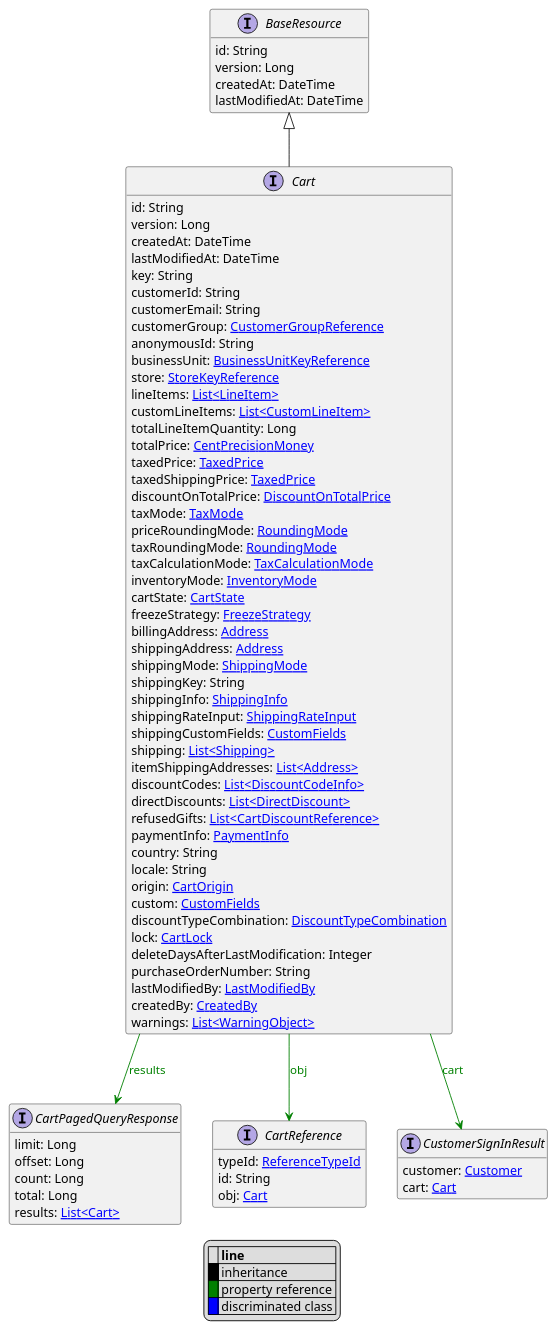
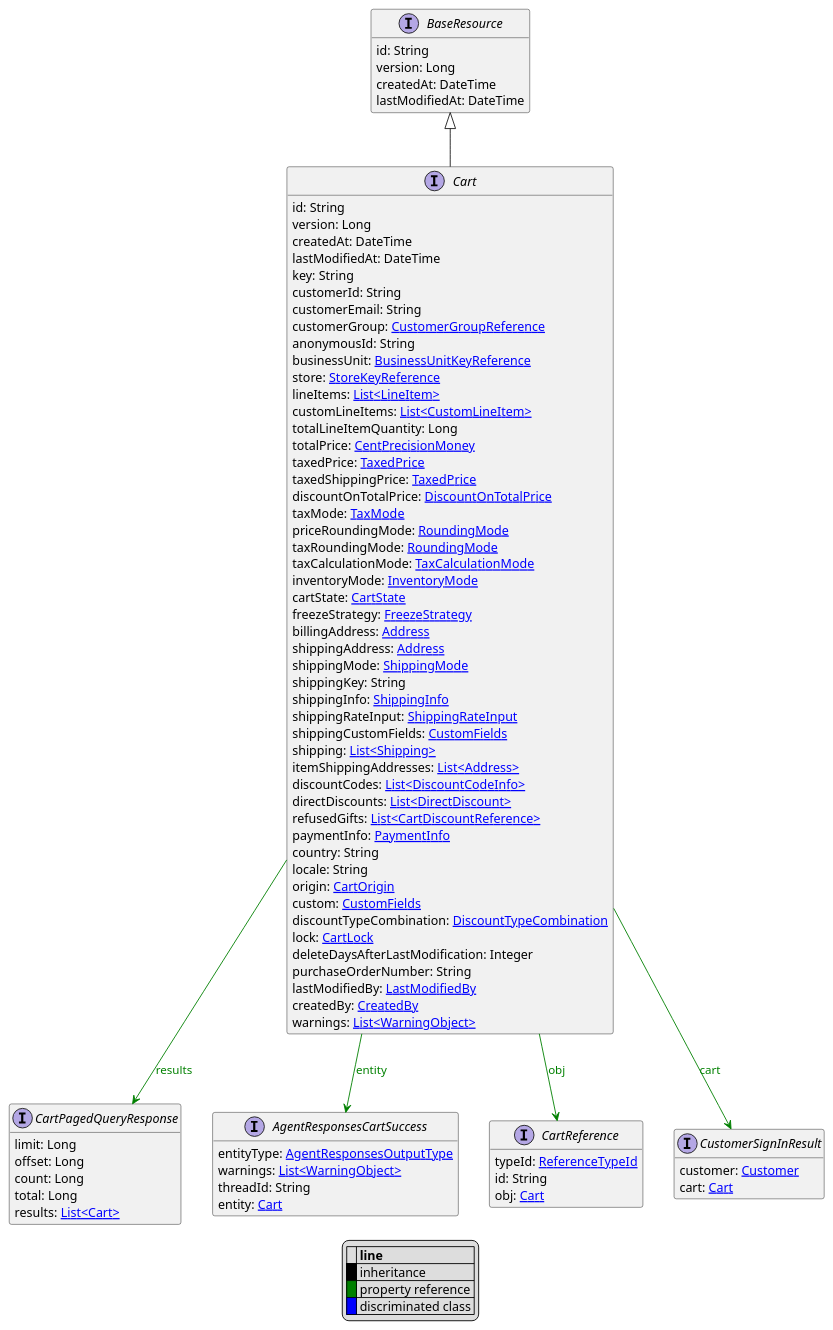
Before and after one commit to commercetools/commercetools-api-reference: the diagram in uml/api/Cart.puml, drawn with PlantUML. The commit also changed 1935 other files, not shown here.

```diff
--- a/uml/api/Cart.puml
+++ b/uml/api/Cart.puml
@@ -1,90 +1,97 @@
 @startuml
 
 hide empty fields
 hide empty methods
 legend
 |= |= line |
 |<back:black>   </back>| inheritance |
 |<back:green>   </back>| property reference |
 |<back:blue>   </back>| discriminated class |
 endlegend
 interface Cart [[Cart.svg]] extends BaseResource {
     id: String
     version: Long
     createdAt: DateTime
     lastModifiedAt: DateTime
     key: String
     customerId: String
     customerEmail: String
     customerGroup: [[CustomerGroupReference.svg CustomerGroupReference]]
     anonymousId: String
     businessUnit: [[BusinessUnitKeyReference.svg BusinessUnitKeyReference]]
     store: [[StoreKeyReference.svg StoreKeyReference]]
     lineItems: [[LineItem.svg List<LineItem>]]
     customLineItems: [[CustomLineItem.svg List<CustomLineItem>]]
     totalLineItemQuantity: Long
     totalPrice: [[CentPrecisionMoney.svg CentPrecisionMoney]]
     taxedPrice: [[TaxedPrice.svg TaxedPrice]]
     taxedShippingPrice: [[TaxedPrice.svg TaxedPrice]]
     discountOnTotalPrice: [[DiscountOnTotalPrice.svg DiscountOnTotalPrice]]
     taxMode: [[TaxMode.svg TaxMode]]
     priceRoundingMode: [[RoundingMode.svg RoundingMode]]
     taxRoundingMode: [[RoundingMode.svg RoundingMode]]
     taxCalculationMode: [[TaxCalculationMode.svg TaxCalculationMode]]
     inventoryMode: [[InventoryMode.svg InventoryMode]]
     cartState: [[CartState.svg CartState]]
     freezeStrategy: [[FreezeStrategy.svg FreezeStrategy]]
     billingAddress: [[Address.svg Address]]
     shippingAddress: [[Address.svg Address]]
     shippingMode: [[ShippingMode.svg ShippingMode]]
     shippingKey: String
     shippingInfo: [[ShippingInfo.svg ShippingInfo]]
     shippingRateInput: [[ShippingRateInput.svg ShippingRateInput]]
     shippingCustomFields: [[CustomFields.svg CustomFields]]
     shipping: [[Shipping.svg List<Shipping>]]
     itemShippingAddresses: [[Address.svg List<Address>]]
     discountCodes: [[DiscountCodeInfo.svg List<DiscountCodeInfo>]]
     directDiscounts: [[DirectDiscount.svg List<DirectDiscount>]]
     refusedGifts: [[CartDiscountReference.svg List<CartDiscountReference>]]
     paymentInfo: [[PaymentInfo.svg PaymentInfo]]
     country: String
     locale: String
     origin: [[CartOrigin.svg CartOrigin]]
     custom: [[CustomFields.svg CustomFields]]
     discountTypeCombination: [[DiscountTypeCombination.svg DiscountTypeCombination]]
     lock: [[CartLock.svg CartLock]]
     deleteDaysAfterLastModification: Integer
     purchaseOrderNumber: String
     lastModifiedBy: [[LastModifiedBy.svg LastModifiedBy]]
     createdBy: [[CreatedBy.svg CreatedBy]]
     warnings: [[WarningObject.svg List<WarningObject>]]
 }
 interface BaseResource [[BaseResource.svg]]  {
     id: String
     version: Long
     createdAt: DateTime
     lastModifiedAt: DateTime
 }
 
 
 interface CartPagedQueryResponse [[CartPagedQueryResponse.svg]]  {
     limit: Long
     offset: Long
     count: Long
     total: Long
     results: [[Cart.svg List<Cart>]]
 }
+interface AgentResponsesCartSuccess [[AgentResponsesCartSuccess.svg]]  {
+    entityType: [[AgentResponsesOutputType.svg AgentResponsesOutputType]]
+    warnings: [[WarningObject.svg List<WarningObject>]]
+    threadId: String
+    entity: [[Cart.svg Cart]]
+}
 interface CartReference [[CartReference.svg]]  {
     typeId: [[ReferenceTypeId.svg ReferenceTypeId]]
     id: String
     obj: [[Cart.svg Cart]]
 }
 interface CustomerSignInResult [[CustomerSignInResult.svg]]  {
     customer: [[Customer.svg Customer]]
     cart: [[Cart.svg Cart]]
 }
 
 Cart --> CartPagedQueryResponse #green;text:green : "results"
+Cart --> AgentResponsesCartSuccess #green;text:green : "entity"
 Cart --> CartReference #green;text:green : "obj"
 Cart --> CustomerSignInResult #green;text:green : "cart"
 @enduml
```
